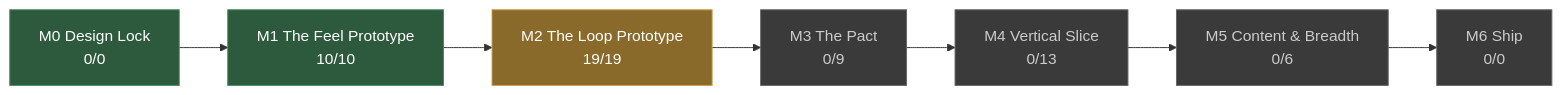
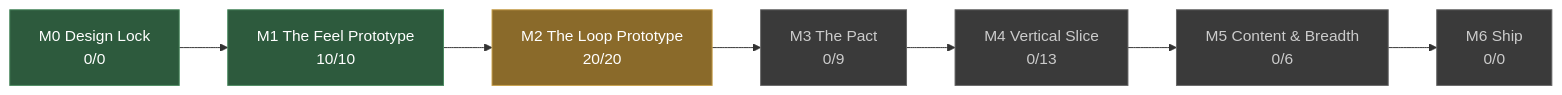
Before and after one commit to JoshuaGessner/she: the diagram in docs/STATUS.md, drawn with Mermaid. The commit also changed other lines of this file and 8 other files, not shown here.

````diff
--- a/docs/STATUS.md
+++ b/docs/STATUS.md
@@ -13,19 +13,19 @@
 ```mermaid
 flowchart LR
   M0["M0 Design Lock<br/>0/0"]:::passed
   M1["M1 The Feel Prototype<br/>10/10"]:::passed
   M0 --> M1
-  M2["M2 The Loop Prototype<br/>19/19"]:::current
+  M2["M2 The Loop Prototype<br/>20/20"]:::current
   M1 --> M2
   M3["M3 The Pact<br/>0/9"]:::ahead
   M2 --> M3
   M4["M4 Vertical Slice<br/>0/13"]:::ahead
   M3 --> M4
   M5["M5 Content & Breadth<br/>0/6"]:::ahead
   M4 --> M5
   M6["M6 Ship<br/>0/0"]:::ahead
   M5 --> M6
   classDef passed fill:#2d5a3d,stroke:#4a8a5f,color:#fff
   classDef current fill:#8a6a2a,stroke:#c8a04a,color:#fff
   classDef ahead fill:#3a3a3a,stroke:#666,color:#ccc
 ```
````
